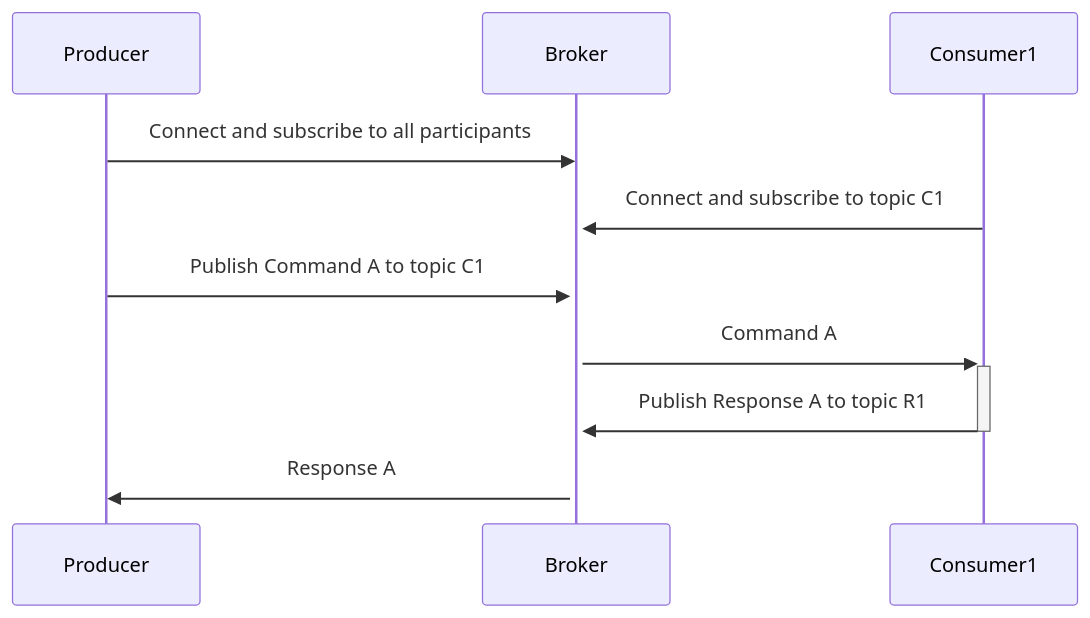
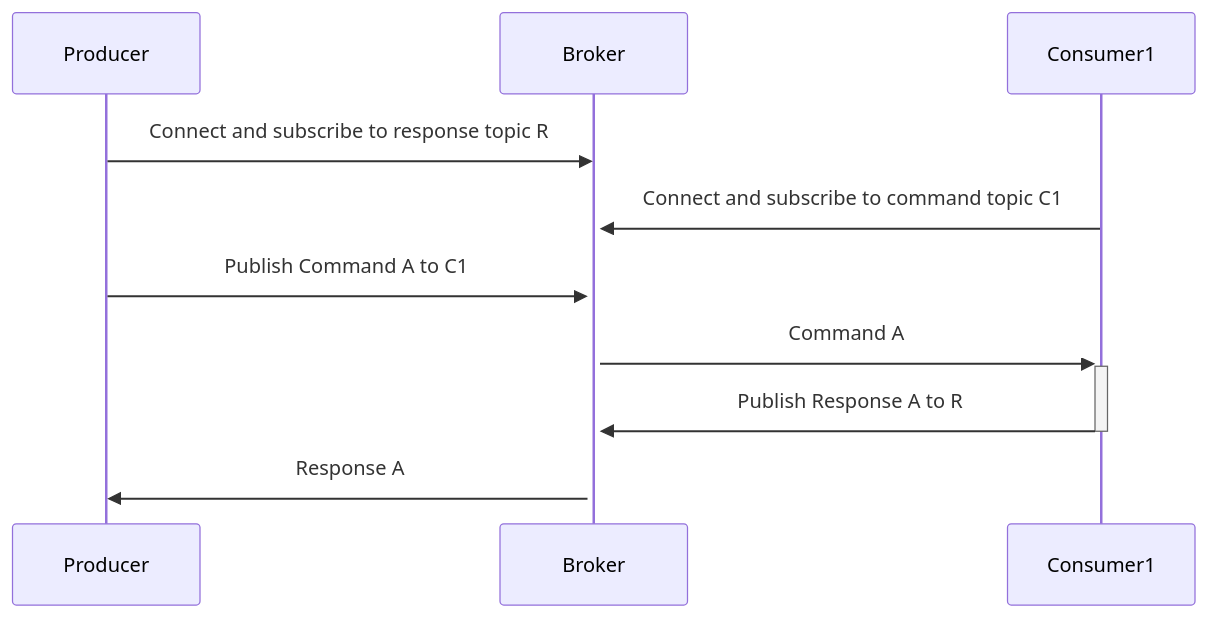
Before and after one commit to davaya/twinkly-haha: the second of 2 diagrams in README.md, drawn with Mermaid.

````diff
--- a/README.md
+++ b/README.md
@@ -14,9 +14,9 @@
 ```mermaid
 sequenceDiagram
-    Producer->>Broker: Connect and subscribe to all participants
-    Consumer1->>+Broker: Connect and subscribe to topic C1
-    Producer->>Broker: Publish Command A to topic C1
+    Producer->>Broker: Connect and subscribe to response topic R
+    Consumer1->>+Broker: Connect and subscribe to command topic C1
+    Producer->>Broker: Publish Command A to C1
     Broker->>+Consumer1: Command A
-    Consumer1->>-Broker: Publish Response A to topic R1
+    Consumer1->>-Broker: Publish Response A to R
     Broker->>Producer: Response A
 ```
````
